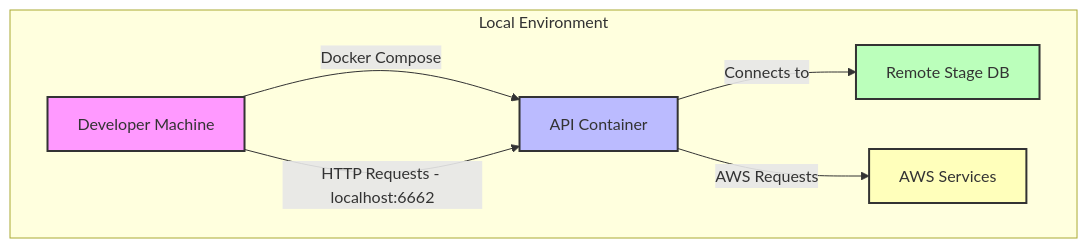
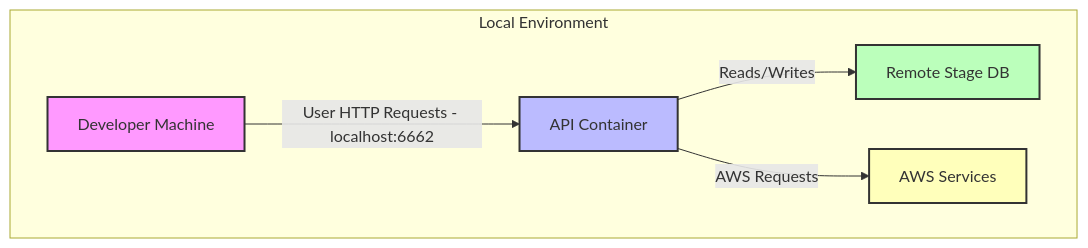
Before and after one commit to justinl-y/demo-platform: the first of 2 diagrams in api-demo/README.md, drawn with Mermaid. The commit also changed other lines of this file and 3 other files, not shown here.

````diff
--- a/api-demo/README.md
+++ b/api-demo/README.md
@@ -16,17 +16,16 @@
 ```mermaid
 flowchart TB
     subgraph Local Environment
         A[Developer Machine]
 
-        A -->|Docker Compose| B[API Container]
-        A -->|HTTP Requests - localhost:6662| B
+        A -->|User HTTP Requests - localhost:6662| B[API Container]
 
-        B -->|Connects to| C[Remote Stage DB]
+        B -->|Reads/Writes| C[Remote Stage DB]
         B -->|AWS Requests| D[AWS Services]
     end
 
     style A fill:#f9f,stroke:#333,stroke-width:2px
     style B fill:#bbf,stroke:#333,stroke-width:2px
     style C fill:#bfb,stroke:#333,stroke-width:2px
     style D fill:#ffb,stroke:#333,stroke-width:2px
 ```
````
